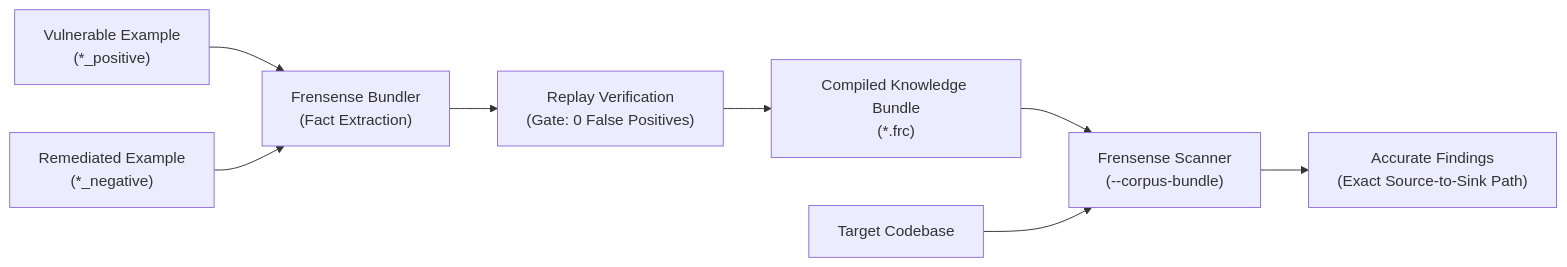
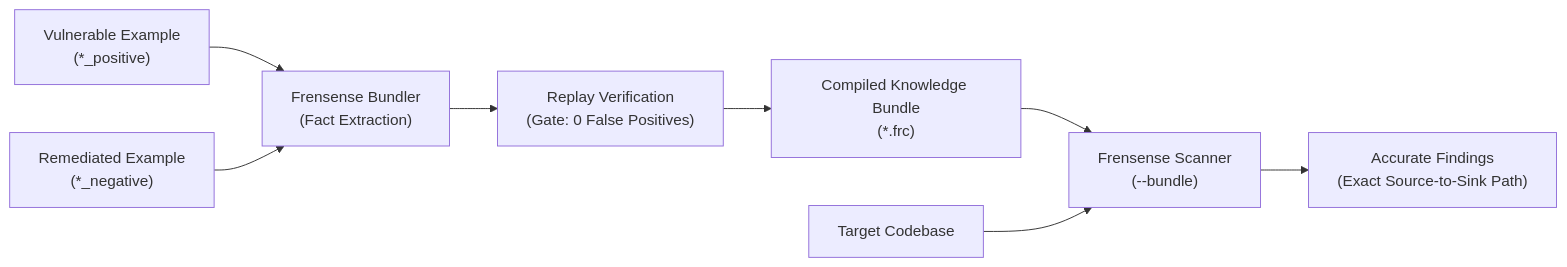
The diagram in docs-site/guide/teachability.md (Friehub/Frensense-v2), drawn with Mermaid before and after one commit. The commit also changed other lines of this file and 31 other files, not shown here.

````diff
--- a/docs-site/guide/teachability.md
+++ b/docs-site/guide/teachability.md
@@ -17,10 +17,10 @@
 ```mermaid
 flowchart LR
     A["Vulnerable Example\n(*_positive)"] --> C["Frensense Bundler\n(Fact Extraction)"]
     B["Remediated Example\n(*_negative)"] --> C
     C --> D["Replay Verification\n(Gate: 0 False Positives)"]
     D --> E["Compiled Knowledge Bundle\n(*.frc)"]
-    E --> F["Frensense Scanner\n(--corpus-bundle)"]
+    E --> F["Frensense Scanner\n(--bundle)"]
     G["Target Codebase"] --> F
     F --> H["Accurate Findings\n(Exact Source-to-Sink Path)"]
 ```
````
